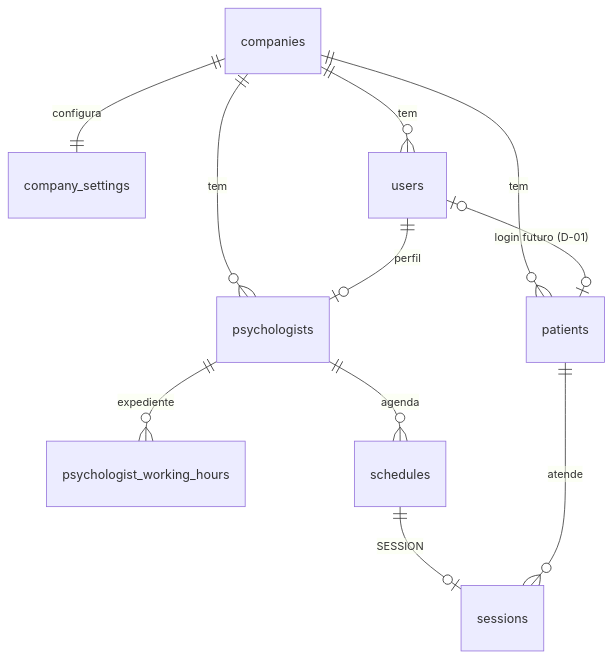
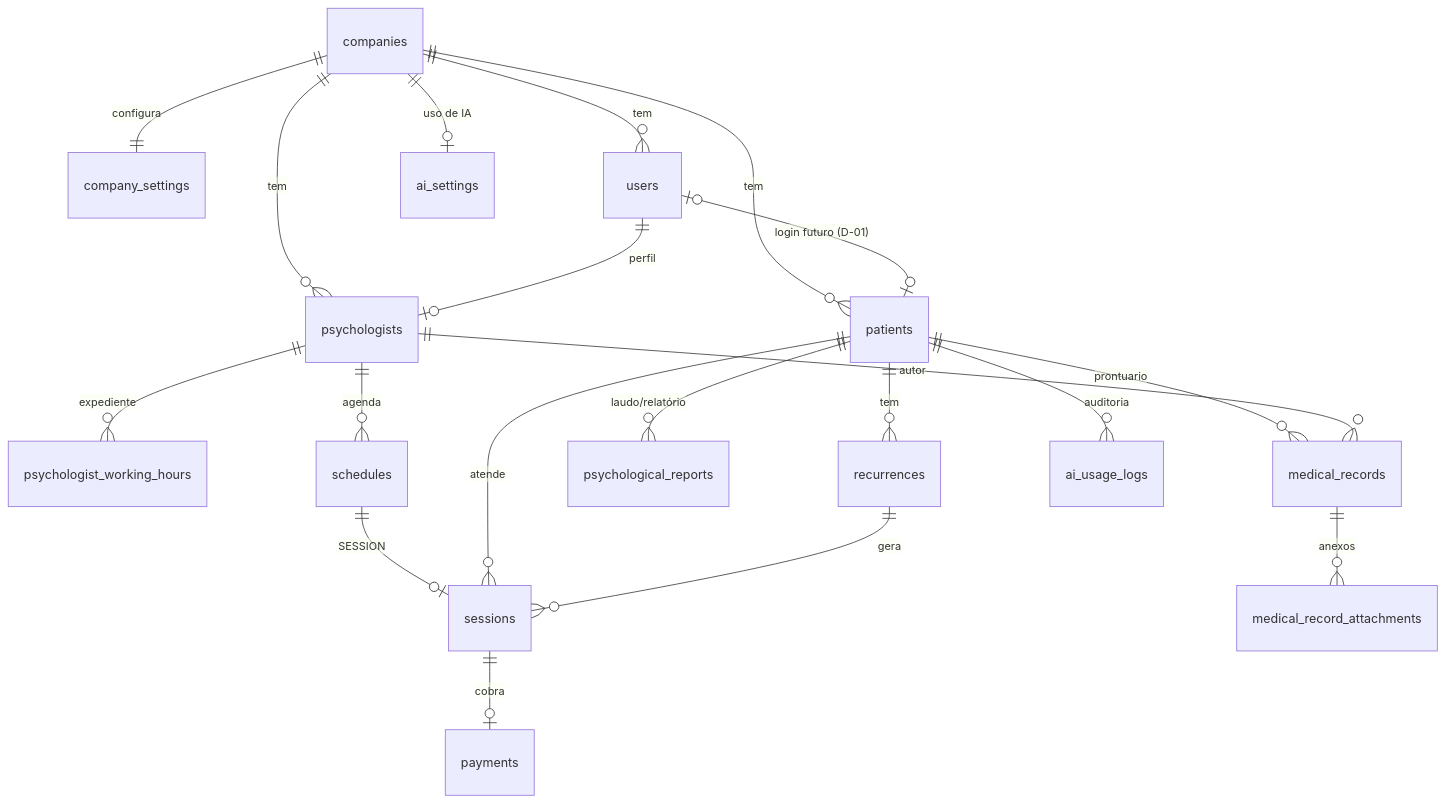
One commit to jhondev123/psycheflow_v2 changed the diagram in docs/ai/05-modelo-de-dados.md. Above: the diagram before and after it, drawn with Mermaid. The commit also changed other lines of this file and 62 other files, not shown here.

````diff
--- a/docs/ai/05-modelo-de-dados.md
+++ b/docs/ai/05-modelo-de-dados.md
@@ -130,13 +207,22 @@
 ```mermaid
 erDiagram
   companies ||--|| company_settings : configura
   companies ||--o{ users : tem
   companies ||--o{ patients : tem
   companies ||--o{ psychologists : tem
   users ||--o| psychologists : perfil
   users |o--o| patients : "login futuro (D-01)"
   psychologists ||--o{ psychologist_working_hours : expediente
   psychologists ||--o{ schedules : agenda
   schedules ||--o| sessions : "SESSION"
   patients ||--o{ sessions : atende
+  sessions ||--o| payments : cobra
+  recurrences ||--o{ sessions : gera
+  patients ||--o{ recurrences : tem
+  patients ||--o{ psychological_reports : "laudo/relatório"
+  patients ||--o{ medical_records : prontuario
+  psychologists ||--o{ medical_records : autor
+  medical_records ||--o{ medical_record_attachments : anexos
+  companies ||--o| ai_settings : "uso de IA"
+  patients ||--o{ ai_usage_logs : auditoria
 ```
````
